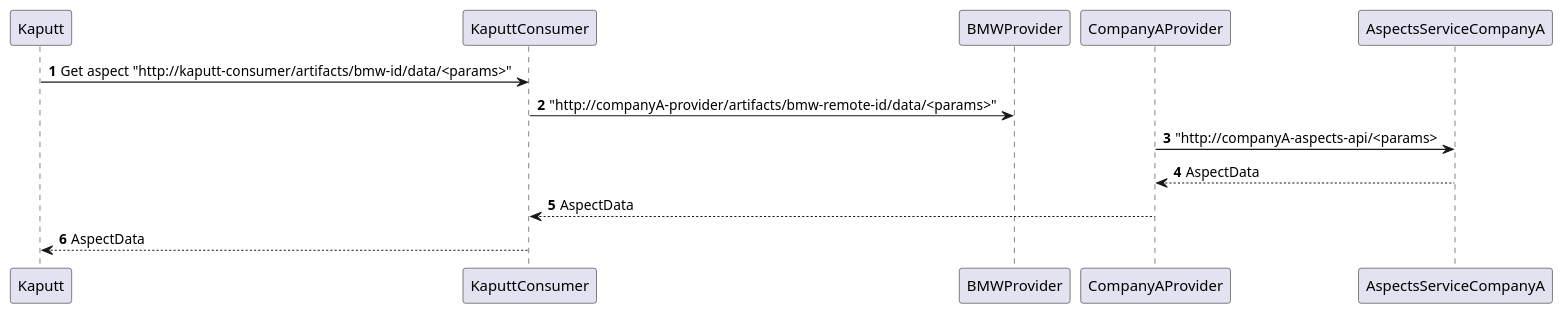
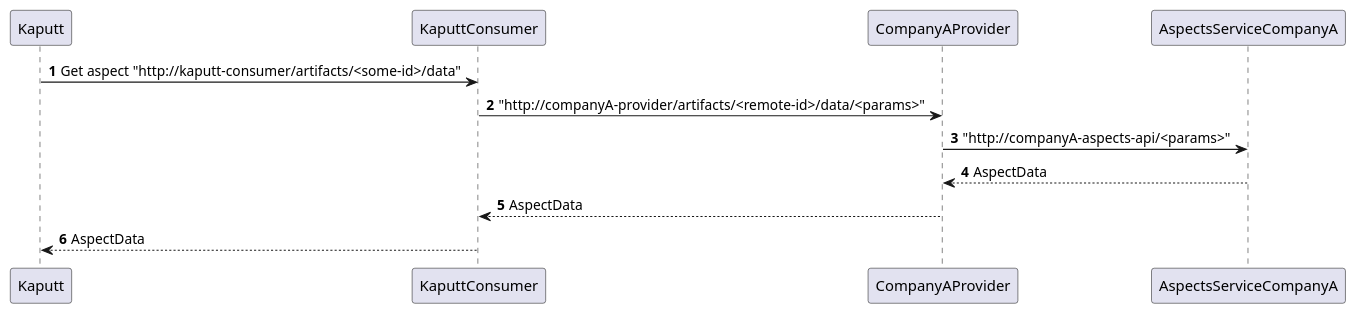
The diagram in documentation/architecture/diagrams/speedboat-get-aspect.puml (catenax/tractusx), drawn with PlantUML before and after one commit. The commit also changed 2 other files, not shown here.

```diff
--- a/documentation/architecture/diagrams/speedboat-get-aspect.puml
+++ b/documentation/architecture/diagrams/speedboat-get-aspect.puml
@@ -1,12 +1,12 @@
 @startuml
 'https://plantuml.com/sequence-diagram
 
 autonumber
 
-Kaputt ->  KaputtConsumer: Get aspect "http://kaputt-consumer/artifacts/bmw-id/data/<params>"
-KaputtConsumer -> BMWProvider: "http://companyA-provider/artifacts/bmw-remote-id/data/<params>"
-CompanyAProvider -> AspectsServiceCompanyA: "http://companyA-aspects-api/<params>
+Kaputt ->  KaputtConsumer: Get aspect "http://kaputt-consumer/artifacts/<some-id>/data"
+KaputtConsumer -> CompanyAProvider: "http://companyA-provider/artifacts/<remote-id>/data/<params>"
+CompanyAProvider -> AspectsServiceCompanyA: "http://companyA-aspects-api/<params>"
 CompanyAProvider <-- AspectsServiceCompanyA: AspectData
 KaputtConsumer <-- CompanyAProvider: AspectData
 Kaputt <-- KaputtConsumer: AspectData
 @enduml
```
